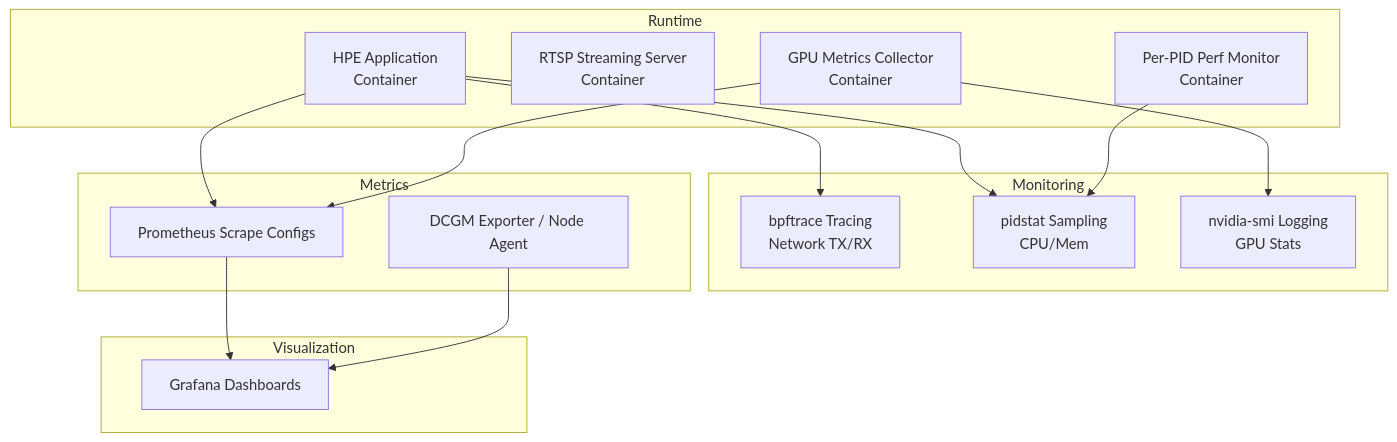
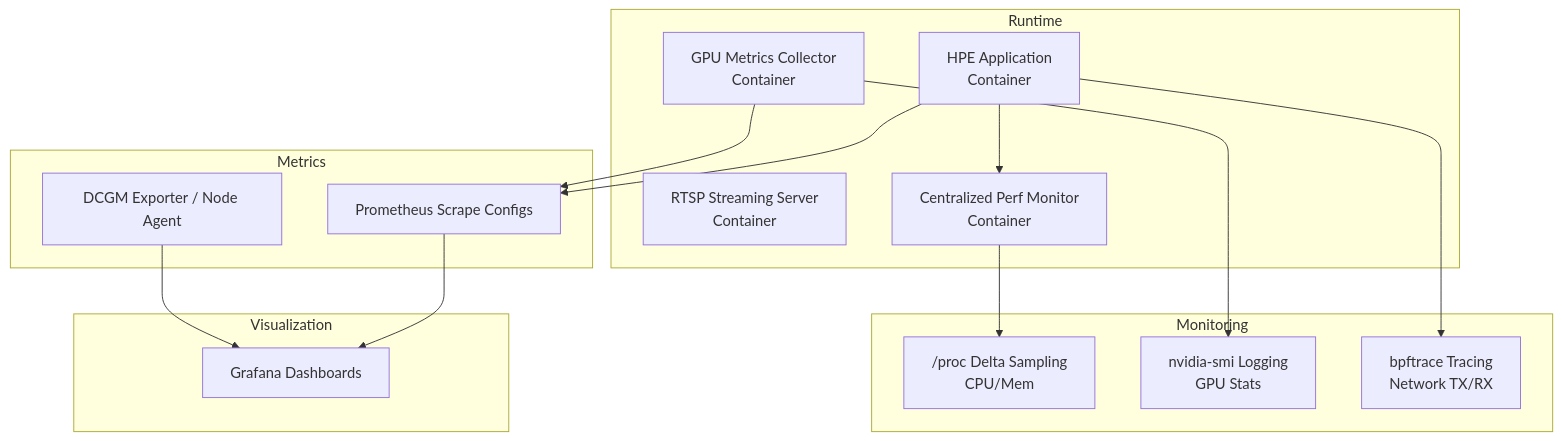
Before and after one commit to Fogus-Gr/MeasurementsDTs: the first of 10 diagrams in .qoder/repowiki/en/content/Monitoring and Analytics/Performance Monitoring.md, drawn with Mermaid. The commit also changed other lines of this file and 10 other files, not shown here.

````diff
--- a/.qoder/repowiki/en/content/Monitoring and Analytics/Performance Monitoring.md
+++ b/.qoder/repowiki/en/content/Monitoring and Analytics/Performance Monitoring.md
@@ -43,29 +53,29 @@
 ```mermaid
 graph TB
 subgraph "Runtime"
 HPE["HPE Application<br/>Container"]
 Streamer["RTSP Streaming Server<br/>Container"]
 GPU["GPU Metrics Collector<br/>Container"]
-PerfMon["Per-PID Perf Monitor<br/>Container"]
+SharedPerf["Centralized Perf Monitor<br/>Container"]
 end
 subgraph "Monitoring"
+ProcDelta["/proc Delta Sampling<br/>CPU/Mem"]
+NSMI["nvidia-smi Logging<br/>GPU Stats"]
 BPF["bpftrace Tracing<br/>Network TX/RX"]
-PIDStat["pidstat Sampling<br/>CPU/Mem"]
-NSMI["nvidia-smi Logging<br/>GPU Stats"]
 end
 subgraph "Metrics"
 Prom["Prometheus Scrape Configs"]
 Exp["DCGM Exporter / Node Agent"]
 end
 subgraph "Visualization"
 Graf["Grafana Dashboards"]
 end
+HPE --> SharedPerf
+GPU --> NSMI
+SharedPerf --> ProcDelta
 HPE --> BPF
-HPE --> PIDStat
-GPU --> NSMI
 HPE --> Prom
 GPU --> Prom
-PerfMon --> PIDStat
 Prom --> Graf
 Exp --> Graf
 ```
````
